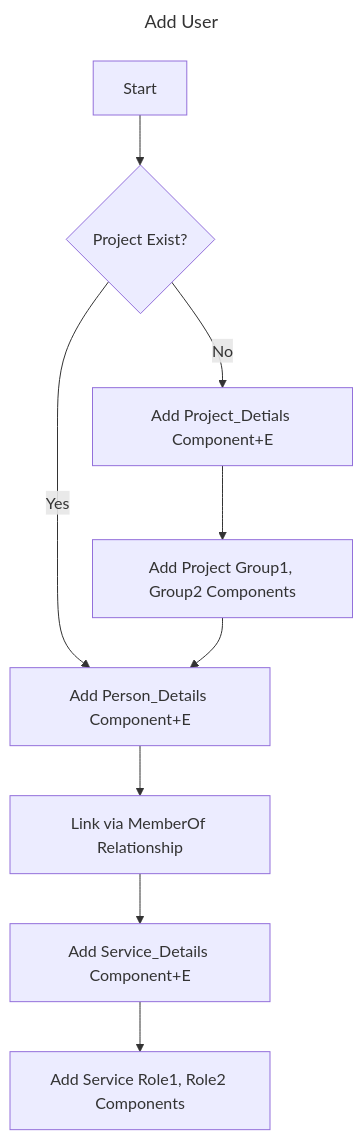
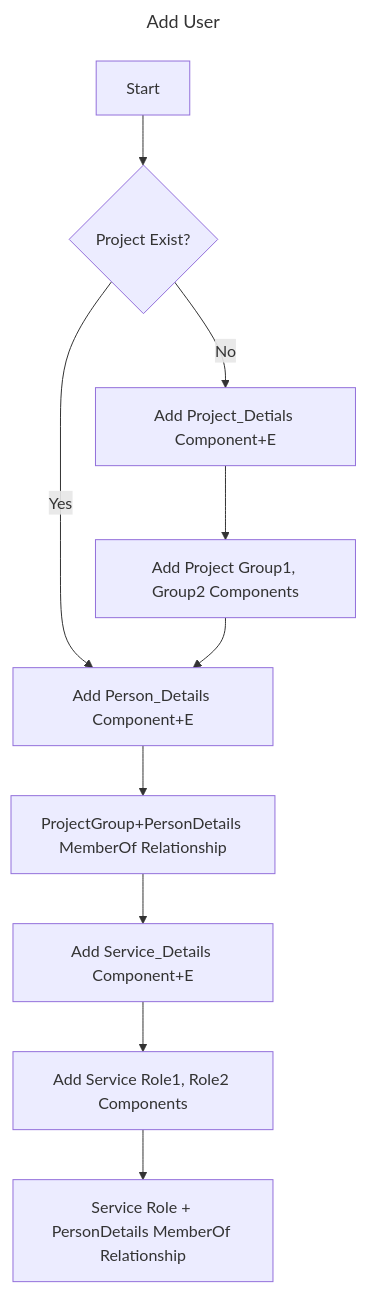
Before and after one commit to HOKGroup/ecs_experiments: the fifth of 5 diagrams in Apps/Trajectory.md, drawn with Mermaid. The commit also changed other lines of this file, not shown here.

````diff
--- a/Apps/Trajectory.md
+++ b/Apps/Trajectory.md
@@ -40,15 +67,15 @@
 ```mermaid
 ---
 title: Add User
 ---
 flowchart TD
     A[Start] --> B{Project Exist?}
     B --->|Yes| C[Add Person_Details Component+E]
     B -->|No| D[Add Project_Detials Component+E]
     D --> E[Add Project Group1, Group2 Components]
     E --> C
-    C --> F[Link via MemberOf Relationship]
-
+    C --> F[ProjectGroup+PersonDetails MemberOf Relationship]
     F --> G[Add Service_Details Component+E]
     G --> H[Add Service Role1, Role2 Components]
+    H --> I[Service Role + PersonDetails MemberOf Relationship]
 ```
````
